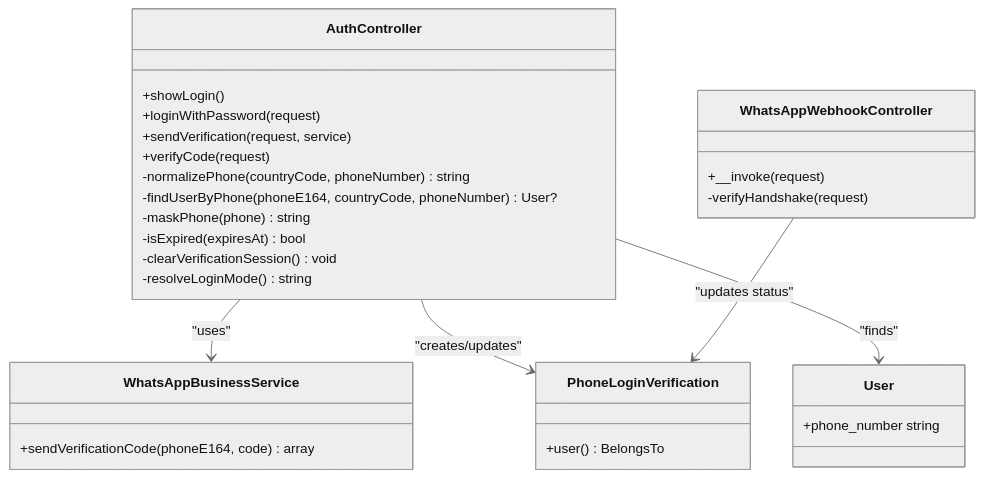
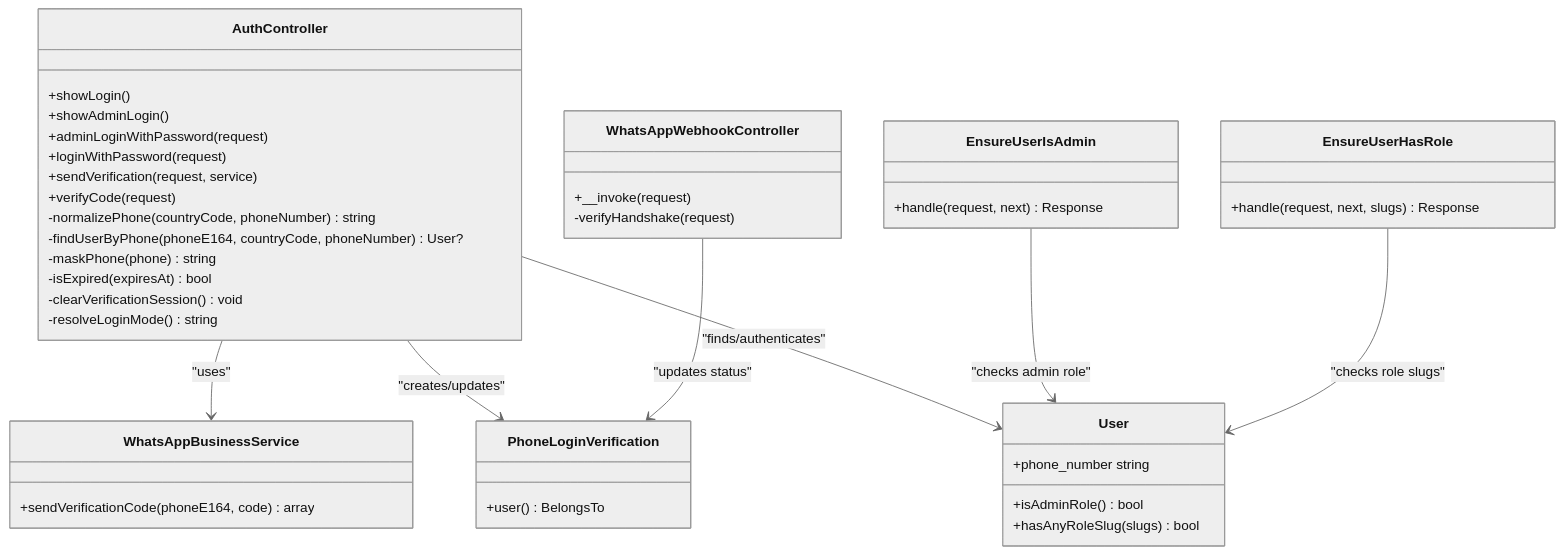
Before and after one commit to rudicatsmile/assesment360: the third of 3 diagrams in .qoder/repowiki/en/content/API Documentation/Authentication API.md, drawn with Mermaid (neutral theme). The commit also changed other lines of this file and 3 other files, not shown here.

First line of the commit message:
feat(auth): add admin password-only login with role-based access control

````diff
--- a/.qoder/repowiki/en/content/API Documentation/Authentication API.md
+++ b/.qoder/repowiki/en/content/API Documentation/Authentication API.md
@@ -355,32 +553,44 @@
 ```mermaid
 classDiagram
 class AuthController {
 +showLogin()
++showAdminLogin()
++adminLoginWithPassword(request)
 +loginWithPassword(request)
 +sendVerification(request, service)
 +verifyCode(request)
 -normalizePhone(countryCode, phoneNumber) string
 -findUserByPhone(phoneE164, countryCode, phoneNumber) User?
 -maskPhone(phone) string
 -isExpired(expiresAt) bool
 -clearVerificationSession() void
 -resolveLoginMode() string
 }
 class WhatsAppWebhookController {
 +__invoke(request)
 -verifyHandshake(request)
 }
 class WhatsAppBusinessService {
 +sendVerificationCode(phoneE164, code) array
 }
 class PhoneLoginVerification {
 +user() BelongsTo
 }
 class User {
 +phone_number string
++isAdminRole() bool
++hasAnyRoleSlug(slugs) bool
+}
+class EnsureUserIsAdmin {
++handle(request, next) Response
+}
+class EnsureUserHasRole {
++handle(request, next, slugs) Response
 }
 AuthController --> WhatsAppBusinessService : "uses"
 AuthController --> PhoneLoginVerification : "creates/updates"
-AuthController --> User : "finds"
+AuthController --> User : "finds/authenticates"
 WhatsAppWebhookController --> PhoneLoginVerification : "updates status"
+EnsureUserIsAdmin --> User : "checks admin role"
+EnsureUserHasRole --> User : "checks role slugs"
 ```
````
